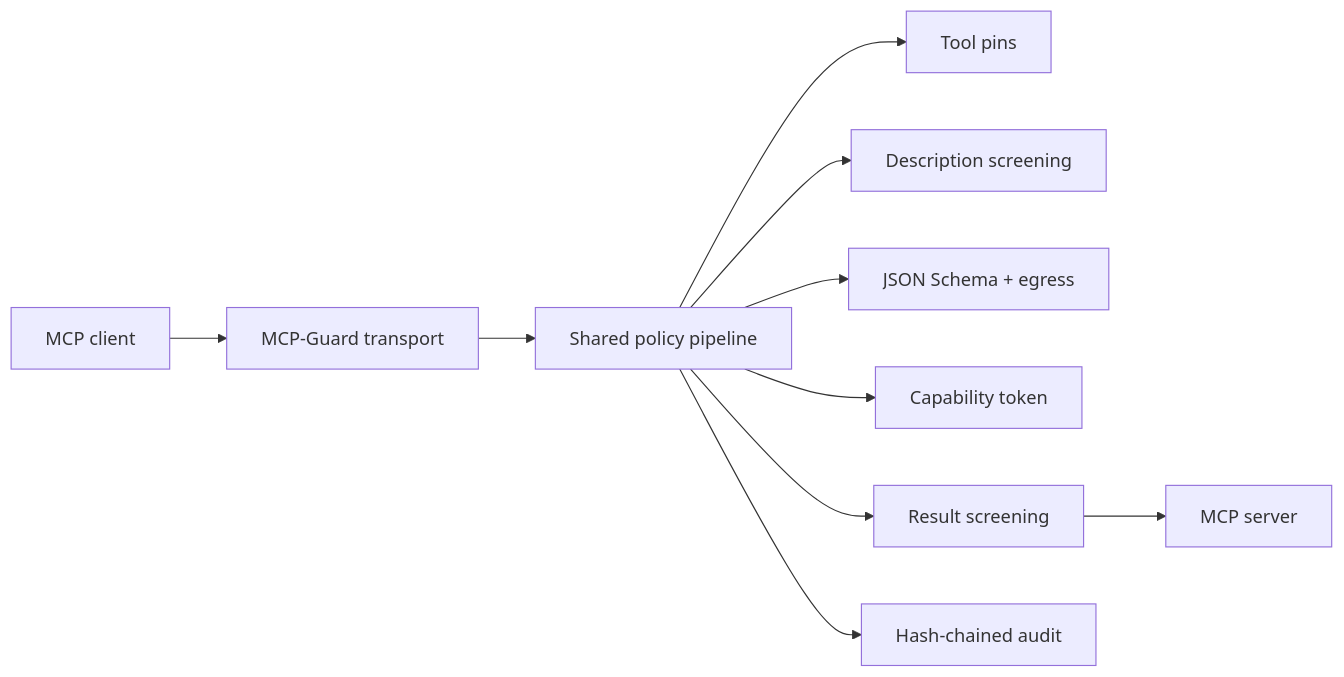
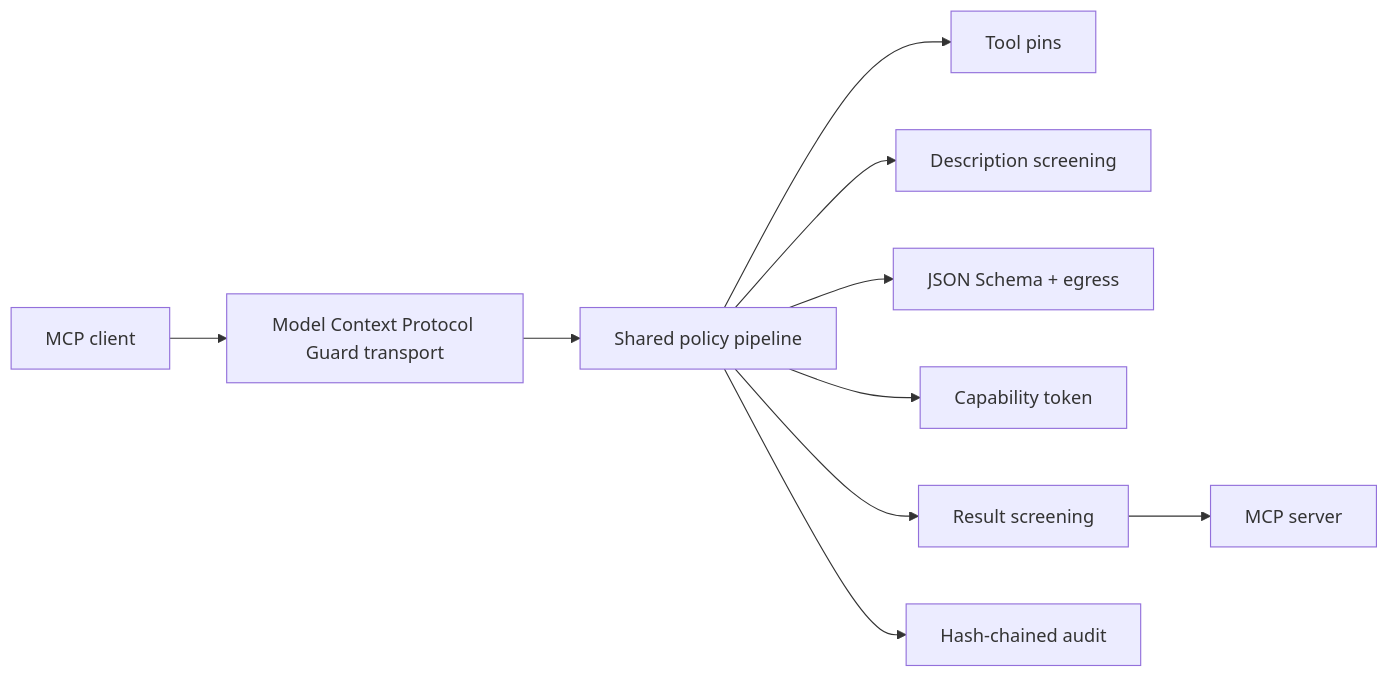
The diagram in README.md (model-context-protocol-guard/model-context-protocol-guard), drawn with Mermaid before and after one commit. The commit also changed other lines of this file and 39 other files, not shown here.

````diff
--- a/README.md
+++ b/README.md
@@ -30,12 +30,12 @@
 ```mermaid
 flowchart LR
-  C[MCP client] --> G[MCP-Guard transport]
+  C[MCP client] --> G[Model Context Protocol Guard transport]
   G --> P[Shared policy pipeline]
   P --> Pin[Tool pins]
   P --> Desc[Description screening]
   P --> Args[JSON Schema + egress]
   P --> Tok[Capability token]
   P --> R[Result screening]
   R --> S[MCP server]
   P --> A[Hash-chained audit]
 ```
````
